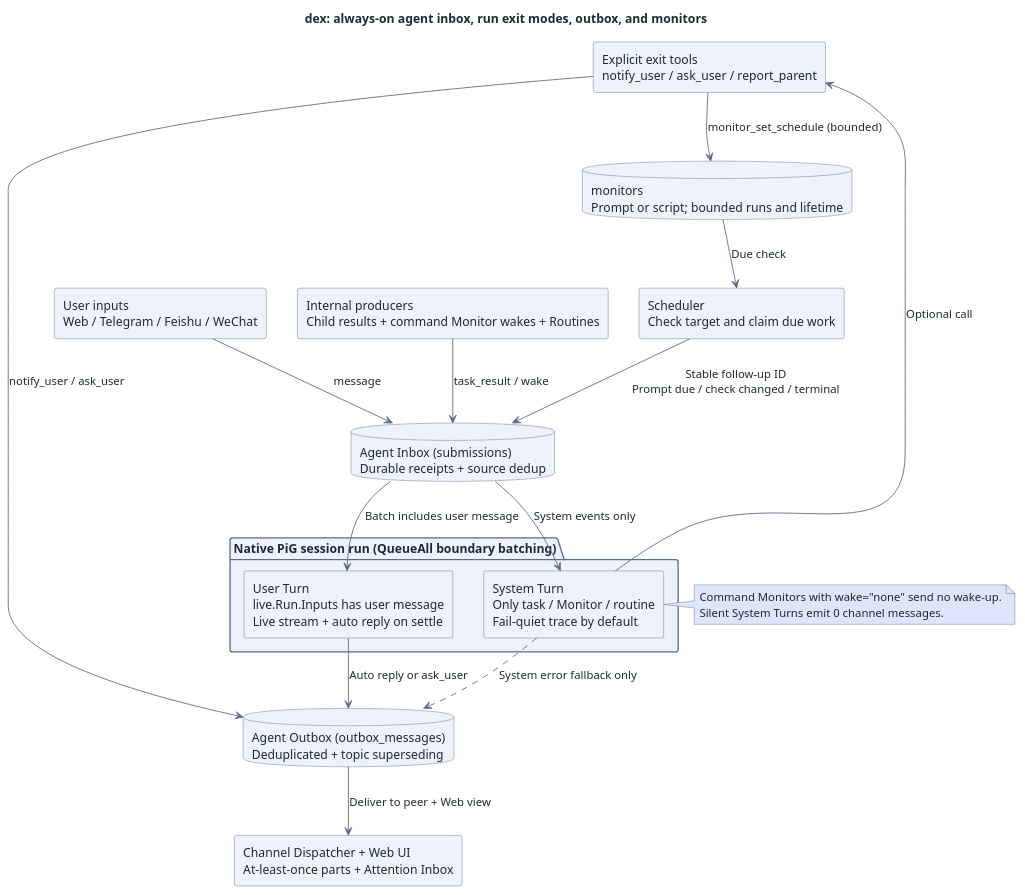
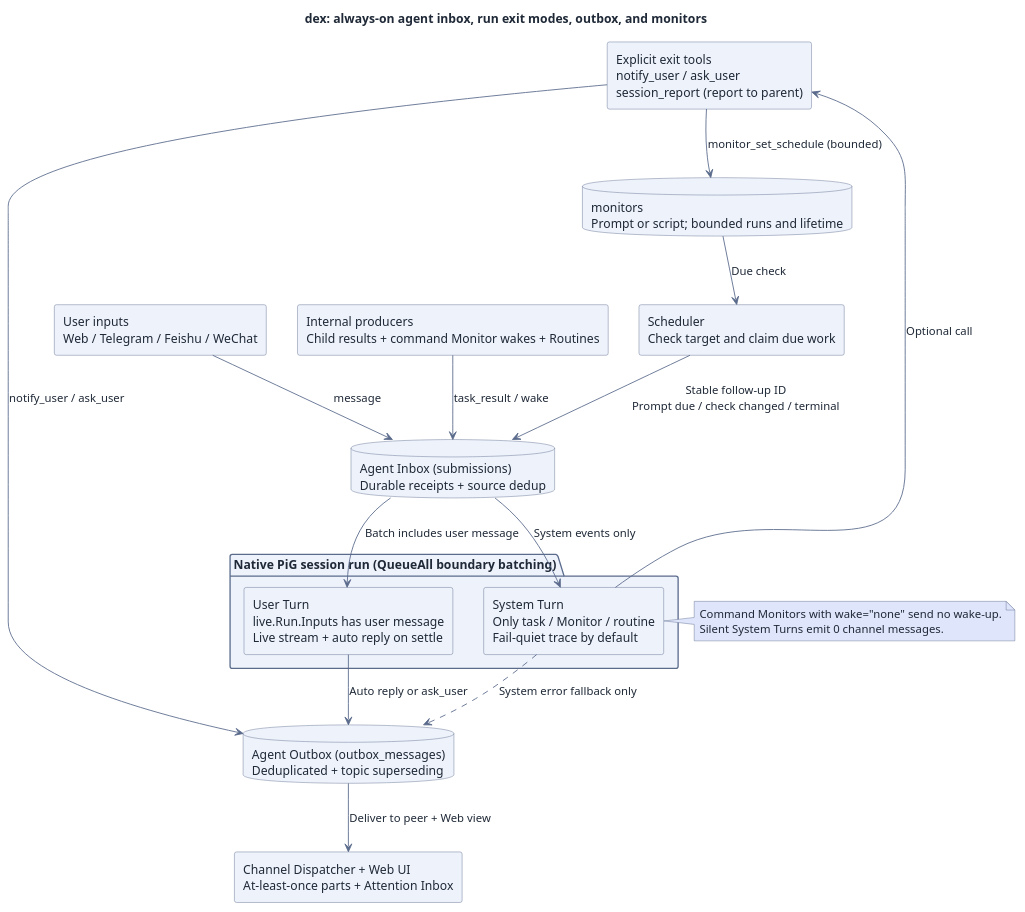
The diagram in docs/assets/src/always-on-flow.puml (recally-io/dex), drawn with PlantUML before and after one commit. The commit also changed 15 other files, not shown here.

```diff
--- a/docs/assets/src/always-on-flow.puml
+++ b/docs/assets/src/always-on-flow.puml
@@ -1,55 +1,55 @@
 @startuml
 skinparam RectangleBackgroundColor #eef2fb
 skinparam RectangleBorderColor #5b6b8c
 skinparam RectangleFontColor #1f2937
 skinparam DatabaseBackgroundColor #eef2fb
 skinparam DatabaseBorderColor #5b6b8c
 skinparam DatabaseFontColor #1f2937
 skinparam PackageBackgroundColor #eef2fb
 skinparam PackageBorderColor #5b6b8c
 skinparam DefaultFontColor #1f2937
 skinparam ArrowColor #5b6b8c
 skinparam ArrowFontColor #1f2937
 skinparam NoteBackgroundColor #dfe5fb
 skinparam NoteBorderColor #5b6b8c
 skinparam NoteFontColor #1f2937
 skinparam BackgroundColor #ffffff
 title dex: always-on agent inbox, run exit modes, outbox, and monitors
 top to bottom direction
 
 rectangle "User inputs\nWeb / Telegram / Feishu / WeChat" as user_in
 rectangle "Internal producers\nChild results + command Monitor wakes + Routines" as sys_in
 database "monitors\nPrompt or script; bounded runs and lifetime" as monitors
 rectangle "Scheduler\nCheck target and claim due work" as sched
 
 database "Agent Inbox (submissions)\nDurable receipts + source dedup" as inbox
 
 package "Native PiG session run (QueueAll boundary batching)" as run {
   rectangle "User Turn\nlive.Run.Inputs has user message\nLive stream + auto reply on settle" as user_turn
   rectangle "System Turn\nOnly task / Monitor / routine\nFail-quiet trace by default" as sys_turn
 }
 
-rectangle "Explicit exit tools\nnotify_user / ask_user / report_parent" as tools
+rectangle "Explicit exit tools\nnotify_user / ask_user\nsession_report (report to parent)" as tools
 database "Agent Outbox (outbox_messages)\nDeduplicated + topic superseding" as outbox
 rectangle "Channel Dispatcher + Web UI\nAt-least-once parts + Attention Inbox" as dispatch
 
 monitors --> sched : Due check
 sched --> inbox : Stable follow-up ID\nPrompt due / check changed / terminal
 user_in --> inbox : message
 sys_in --> inbox : task_result / wake
 
 inbox --> user_turn : Batch includes user message
 inbox --> sys_turn : System events only
 
 user_turn --> outbox : Auto reply or ask_user
 sys_turn --> tools : Optional call
 tools --> outbox : notify_user / ask_user
 tools --> monitors : monitor_set_schedule (bounded)
 sys_turn ..> outbox : System error fallback only
 
 outbox --> dispatch : Deliver to peer + Web view
 note right of sys_turn
   Command Monitors with wake="none" send no wake-up.
   Silent System Turns emit 0 channel messages.
 end note
 @enduml
```
